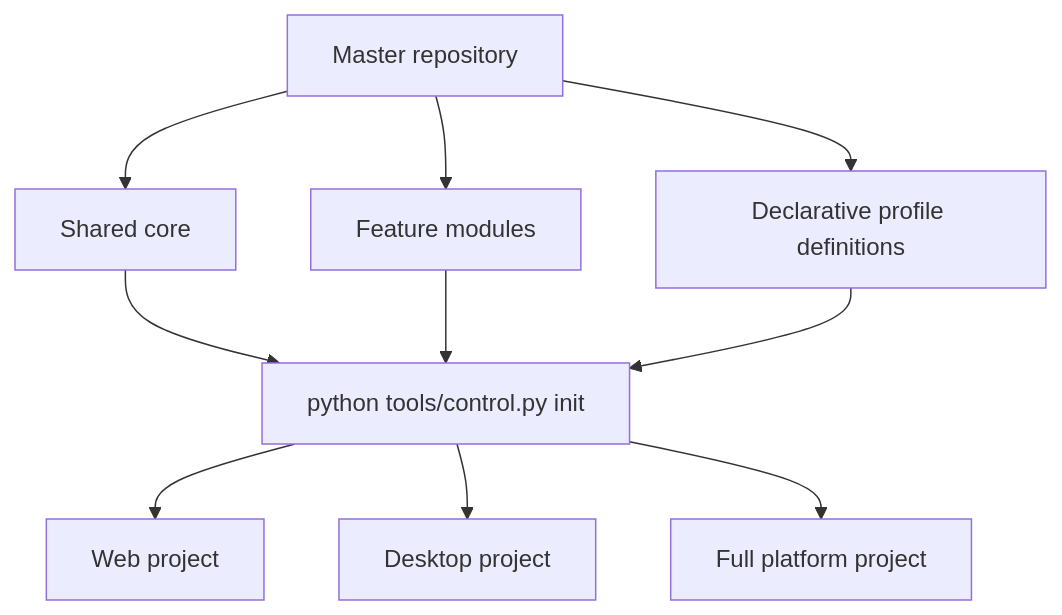
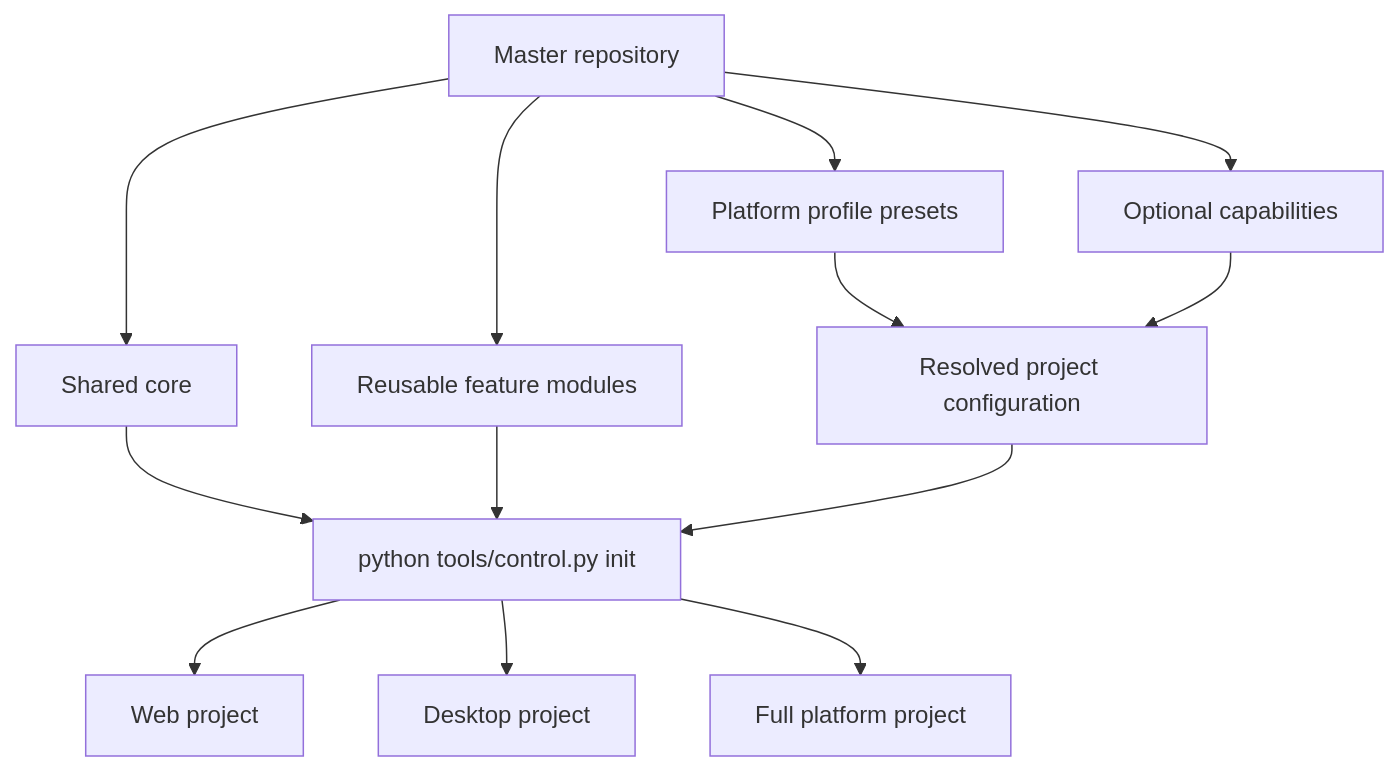
The second of 6 diagrams in docs/def/architecture.md (kleiveist/Template-Projekte), drawn with Mermaid before and after one commit. The commit also changed other lines of this file and 38 other files, not shown here.

````diff
--- a/docs/def/architecture.md
+++ b/docs/def/architecture.md
@@ -86,21 +93,26 @@
 ```mermaid
 flowchart TD
     Master[Master repository]
     Core[Shared core]
-    Features[Feature modules]
-    Profiles[Declarative profile definitions]
+    Features[Reusable feature modules]
+    Profiles[Platform profile presets]
+    Capabilities[Optional capabilities]
+    Selection[Resolved project configuration]
     Generator[python tools/control.py init]
     Web[Web project]
     Desktop[Desktop project]
     Full[Full platform project]
 
     Master --> Core
     Master --> Features
     Master --> Profiles
+    Master --> Capabilities
     Core --> Generator
     Features --> Generator
-    Profiles --> Generator
+    Profiles --> Selection
+    Capabilities --> Selection
+    Selection --> Generator
     Generator --> Web
     Generator --> Desktop
     Generator --> Full
 ```
````
